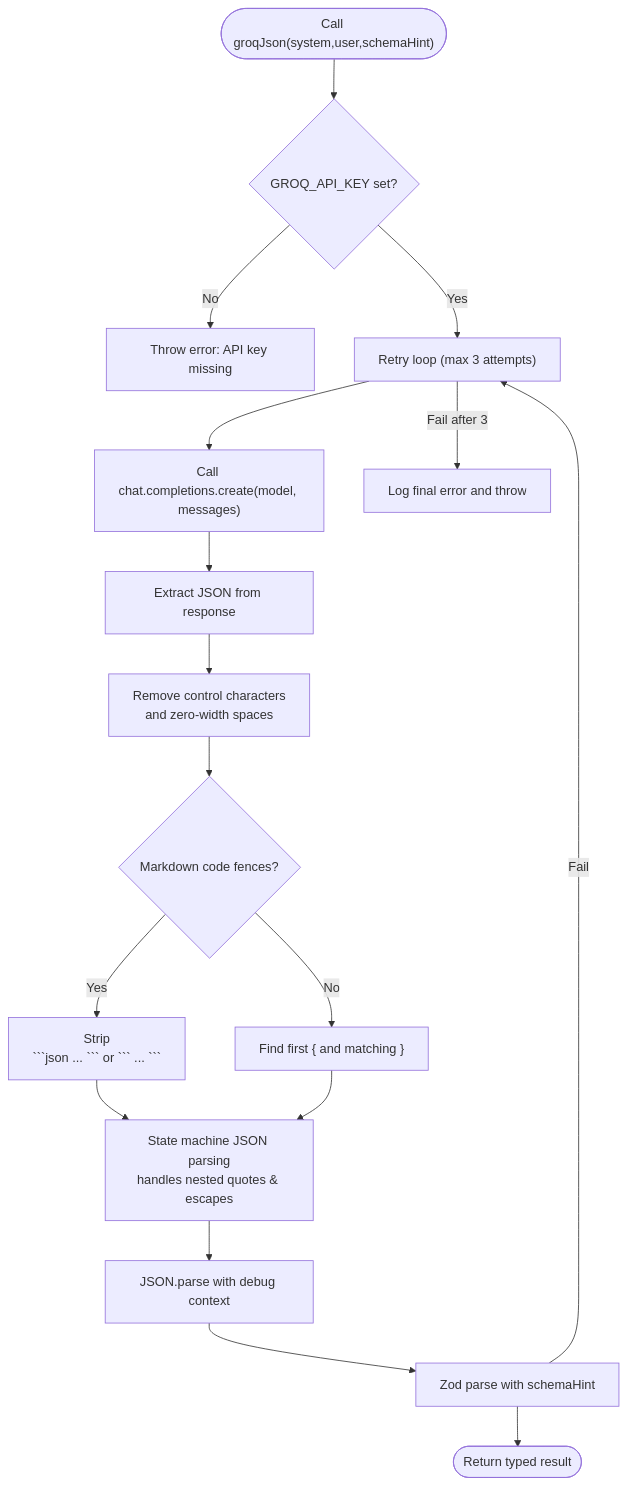
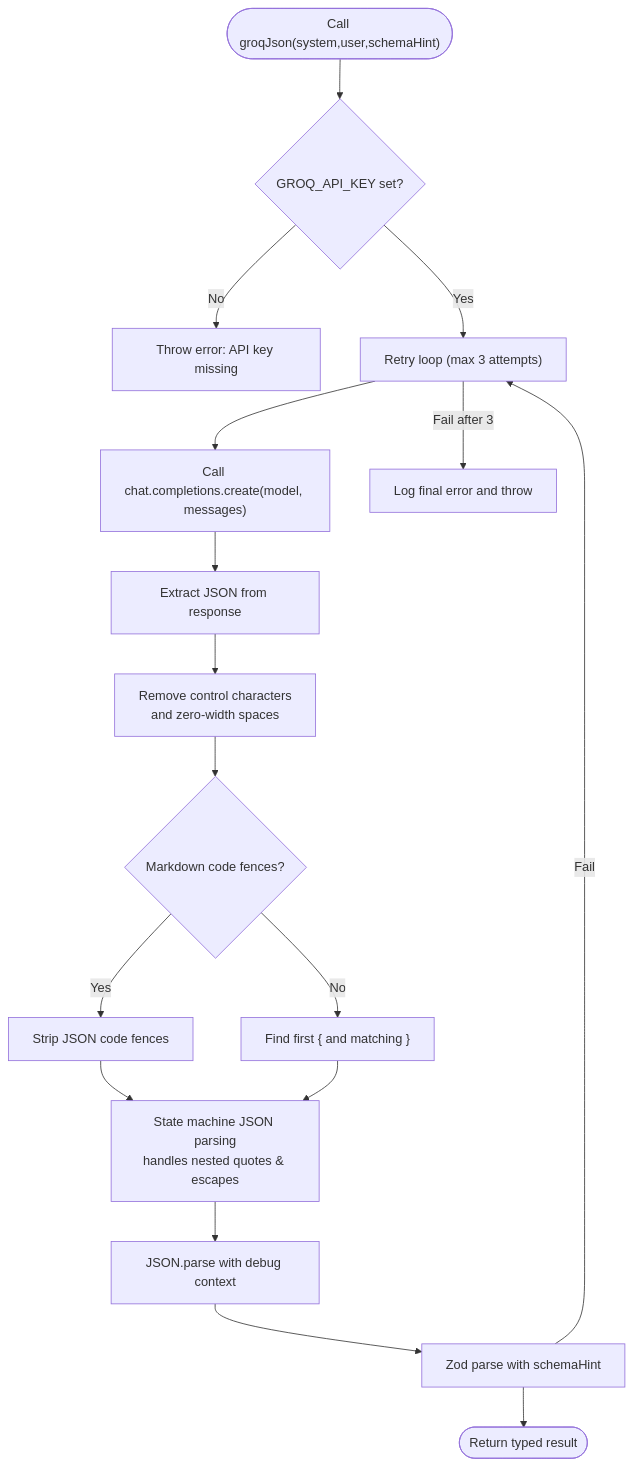
One commit to aravinthraj-ramalingam/Groww-App-Review-Insights-Analyzer- changed the third of 14 diagrams in .qoder/repowiki/en/content/Phase 2_ Advanced Analytics & Automation/Phase 2_ Advanced Analytics & Automation.md. Above: the diagram before and after it, drawn with Mermaid. The commit also changed other lines of this file and 4 other files, not shown here.

````diff
--- a/.qoder/repowiki/en/content/Phase 2_ Advanced Analytics & Automation/Phase 2_ Advanced Analytics & Automation.md
+++ b/.qoder/repowiki/en/content/Phase 2_ Advanced Analytics & Automation/Phase 2_ Advanced Analytics & Automation.md
@@ -228,20 +234,19 @@
 ```mermaid
 flowchart TD
 Start(["Call groqJson(system,user,schemaHint)"]) --> CheckKey{"GROQ_API_KEY set?"}
 CheckKey --> |No| ThrowErr["Throw error: API key missing"]
 CheckKey --> |Yes| RetryLoop["Retry loop (max 3 attempts)"]
 RetryLoop --> CallLLM["Call chat.completions.create(model, messages)"]
 CallLLM --> Extract["Extract JSON from response"]
 Extract --> Clean["Remove control characters<br/>and zero-width spaces"]
 Clean --> Fence{"Markdown code fences?"}
-Fence --> |Yes| StripFence["Strip
-```json ... ``` or ``` ... ```"]
+Fence --> |Yes| StripFence["Strip JSON code fences"]
 Fence --> |No| FindBraces["Find first { and matching }"]
 StripFence --> StateMachine["State machine JSON parsing<br/>handles nested quotes & escapes"]
 FindBraces --> StateMachine
 StateMachine --> Parse["JSON.parse with debug context"]
 Parse --> Validate["Zod parse with schemaHint"]
 Validate --> Done(["Return typed result"])
 Validate --> |Fail| RetryLoop
 RetryLoop --> |Fail after 3| FinalErr["Log final error and throw"]
 ```
````
